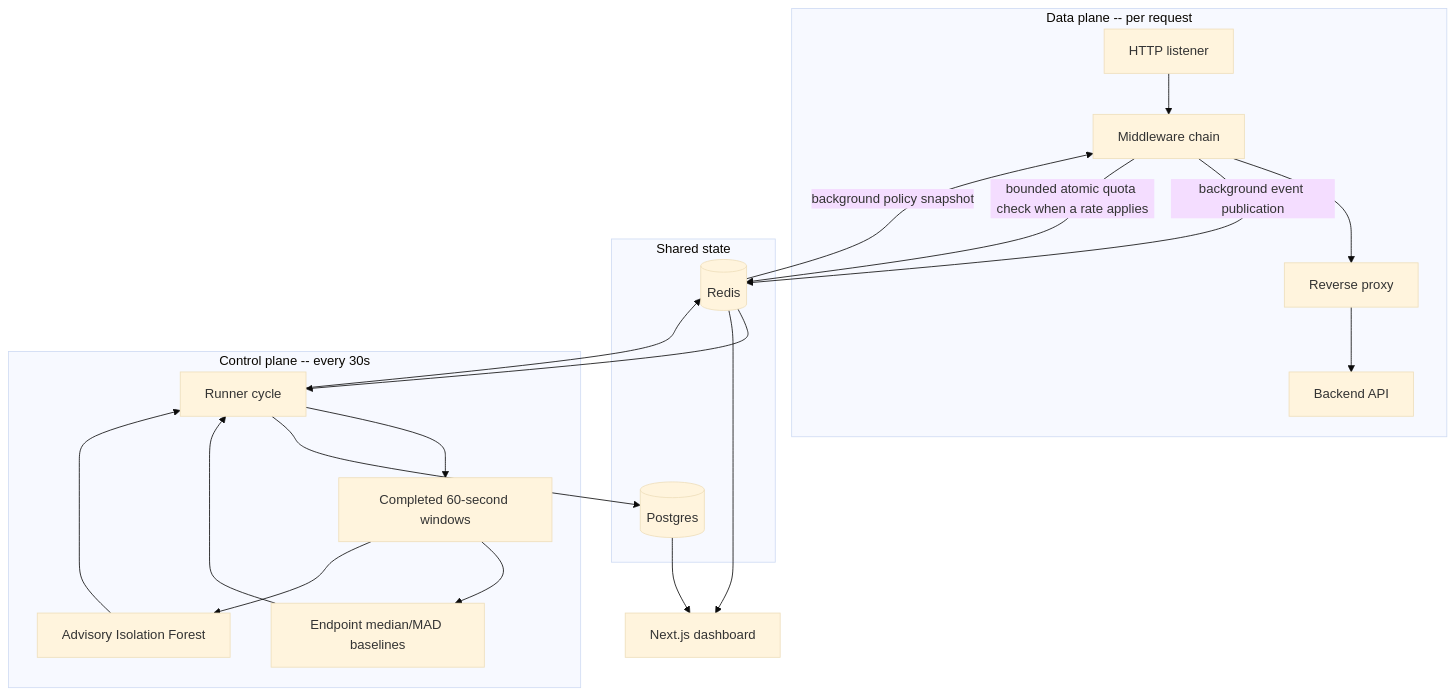
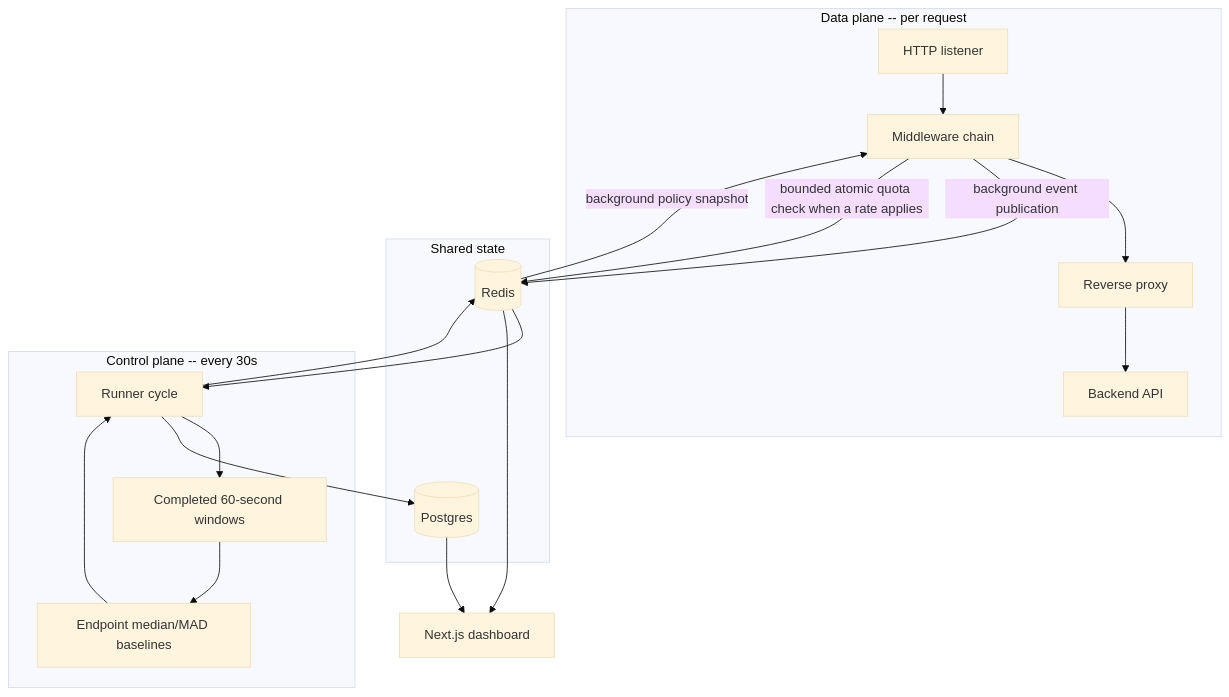
Before and after one commit to Adnan-Safdari/Intelligent_API_Security_Gateway: the diagram in gateway/docs/system-architecture.md, drawn with Mermaid (base theme). The commit also changed 69 other files, not shown here.

````diff
--- a/gateway/docs/system-architecture.md
+++ b/gateway/docs/system-architecture.md
@@ -56,33 +56,30 @@
 ```mermaid
 flowchart TD
     subgraph DataPlane["Data plane -- per request"]
         Listener[HTTP listener] --> Chain[Middleware chain]
         Chain --> RP[Reverse proxy]
         RP --> Backend[Backend API]
     end
 
     subgraph State["Shared state"]
         Redis[(Redis)]
         PG[(Postgres)]
     end
 
     subgraph ControlPlane["Control plane -- every 30s"]
         Runner[Runner cycle]
         Windows[Completed 60-second windows]
         Baselines[Endpoint median/MAD baselines]
-        Model[Advisory Isolation Forest]
     end
 
     Chain -->|background event publication| Redis
     Redis -->|background policy snapshot| Chain
     Chain -->|bounded atomic quota check when a rate applies| Redis
     Redis --> Runner
     Runner --> Windows --> Baselines
-    Windows --> Model
     Baselines --> Runner
-    Model --> Runner
     Runner --> Redis
     Runner --> PG
     PG --> Dashboard[Next.js dashboard]
     Redis --> Dashboard
 ```
````
